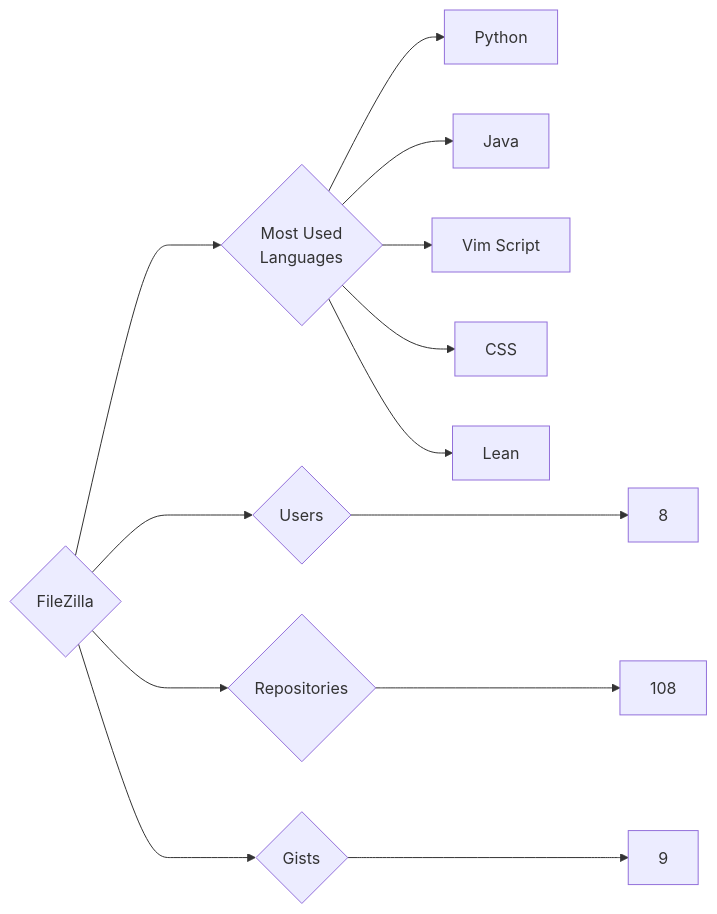
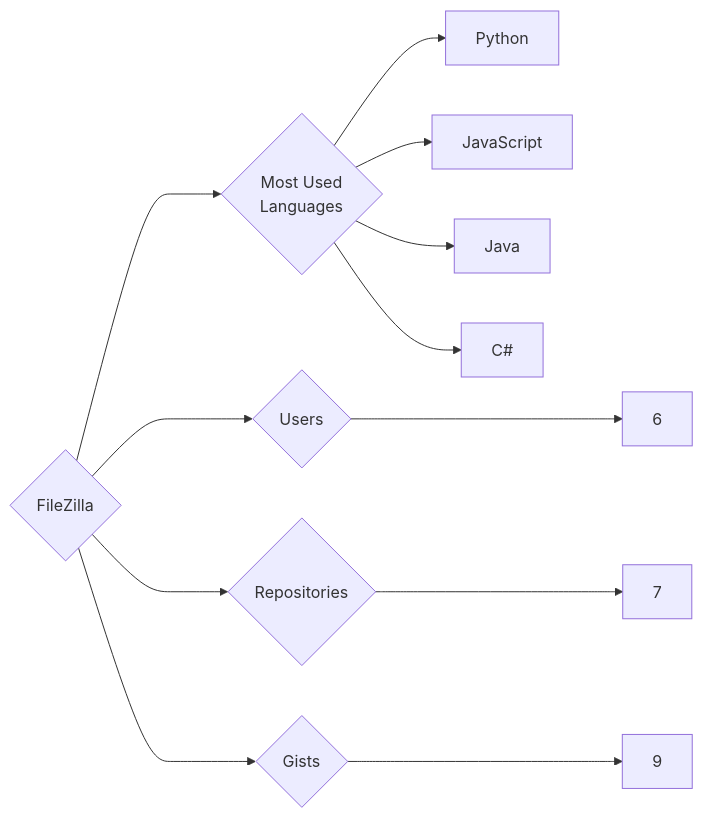
Before and after one commit to trickest/insiders: the diagram in targets/FileZilla/README.md, drawn with Mermaid. The commit also changed 857 other files, not shown here.

````diff
--- a/targets/FileZilla/README.md
+++ b/targets/FileZilla/README.md
@@ -3,13 +3,12 @@
 ```mermaid
 graph LR
 COMPANY_NAME{FileZilla}
-COMPANY_NAME ---> U{Users} ---> UN[8]
-COMPANY_NAME ---> R{Repositories} ---> RN[108]
+COMPANY_NAME ---> U{Users} ---> UN[6]
+COMPANY_NAME ---> R{Repositories} ---> RN[7]
 COMPANY_NAME ---> G{Gists} ---> GN[9]
 COMPANY_NAME ---> ML{Most Used<br>Languages}
 ML --> Python[Python]
+ML --> JavaScript[JavaScript]
 ML --> Java[Java]
-ML --> Vim_Script[Vim Script]
-ML --> CSS[CSS]
-ML --> Lean[Lean]
+ML --> C#[C#]
 ```
````
